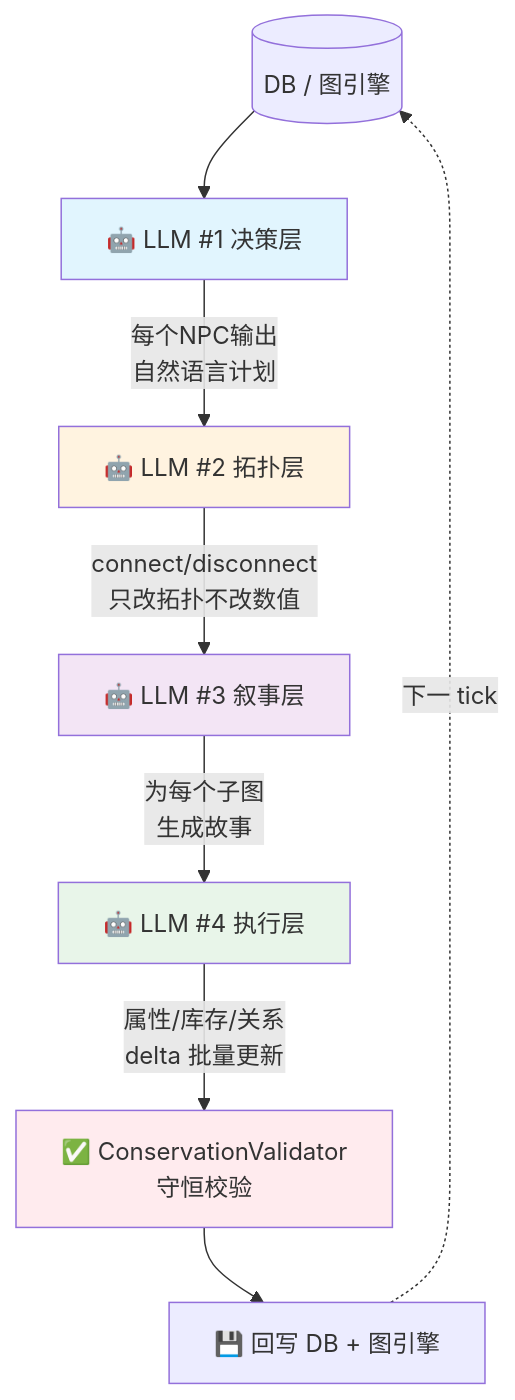
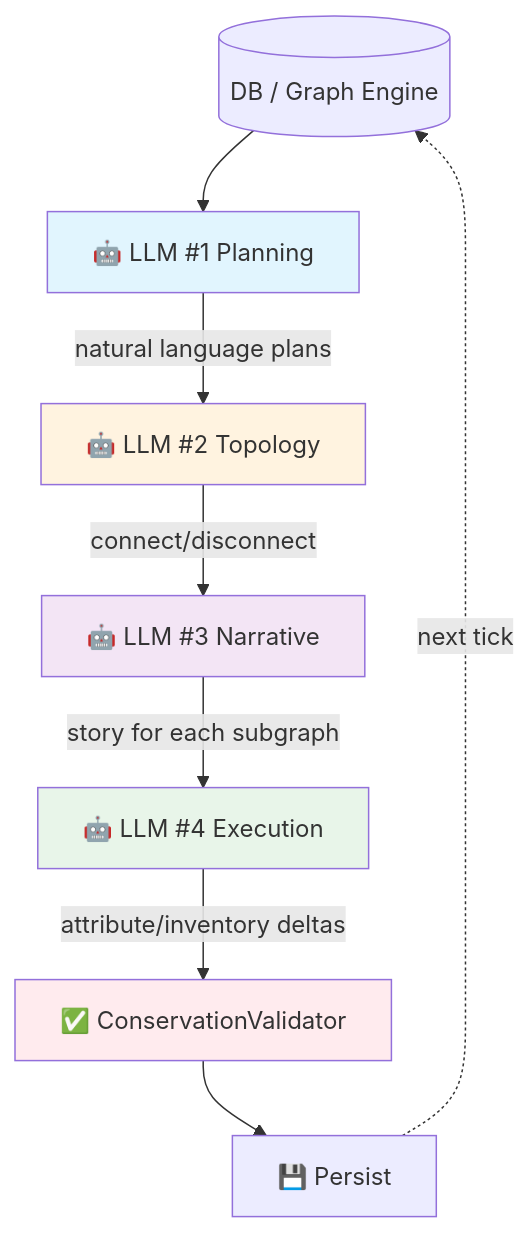
One commit to Asher0501/AgentWorld changed the first of 2 diagrams in README.md. Above: the diagram before and after it, drawn with Mermaid. The commit also changed other lines of this file and 29 other files, not shown here.

````diff
--- a/README.md
+++ b/README.md
@@ -15,26 +15,26 @@
 ```mermaid
 flowchart TD
-    DB[("DB / 图引擎")]
+    DB[("DB / Graph Engine")]
     
-    LLM1["🤖 LLM #1 决策层"]
-    LLM2["🤖 LLM #2 拓扑层"]
-    LLM3["🤖 LLM #3 叙事层"]
-    LLM4["🤖 LLM #4 执行层"]
+    LLM1["🤖 LLM #1 Planning"]
+    LLM2["🤖 LLM #2 Topology"]
+    LLM3["🤖 LLM #3 Narrative"]
+    LLM4["🤖 LLM #4 Execution"]
 
-    VAL["✅ ConservationValidator\n守恒校验"]
-    WRITE["💾 回写 DB + 图引擎"]
+    VAL["✅ ConservationValidator"]
+    WRITE["💾 Persist"]
 
     DB --> LLM1
-    LLM1 -->|"每个NPC输出\n自然语言计划"| LLM2
-    LLM2 -->|"connect/disconnect\n只改拓扑不改数值"| LLM3
-    LLM3 -->|"为每个子图\n生成故事"| LLM4
-    LLM4 -->|"属性/库存/关系\ndelta 批量更新"| VAL
+    LLM1 -->|"natural language plans"| LLM2
+    LLM2 -->|"connect/disconnect"| LLM3
+    LLM3 -->|"story for each subgraph"| LLM4
+    LLM4 -->|"attribute/inventory deltas"| VAL
     VAL --> WRITE
-    WRITE -.->|"下一 tick"| DB
+    WRITE -.->|"next tick"| DB
 
     style LLM1 fill:#e1f5fe
     style LLM2 fill:#fff3e0
     style LLM3 fill:#f3e5f5
     style LLM4 fill:#e8f5e9
     style VAL fill:#ffebee
 ```
````
